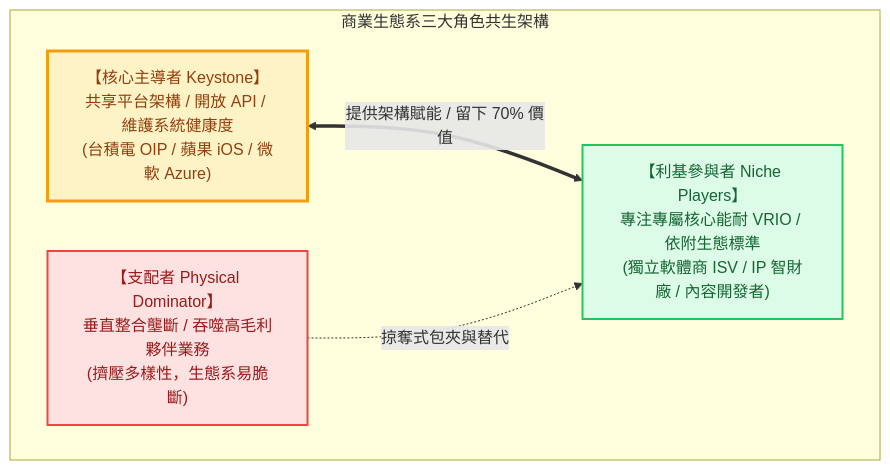
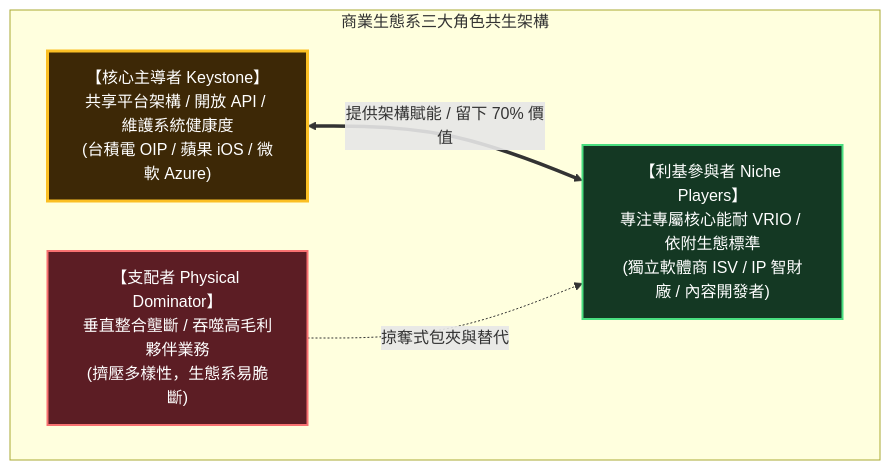
Before and after one commit to Jimlin0428/my-digital-garden: the diagram in src/site/notes/98_商業概念庫/business-ecosystem_商業生態系.md, drawn with Mermaid. The commit also changed 58 other files, not shown here.

````diff
--- a/src/site/notes/98_商業概念庫/business-ecosystem_商業生態系.md
+++ b/src/site/notes/98_商業概念庫/business-ecosystem_商業生態系.md
@@ -17,15 +17,15 @@
 ```mermaid
 flowchart TD
     subgraph EcosystemModel ["商業生態系三大角色共生架構"]
         KS["【核心主導者 Keystone】\n共享平台架構 / 開放 API / 維護系統健康度\n(台積電 OIP / 蘋果 iOS / 微軟 Azure)"]
         Dom["【支配者 Physical Dominator】\n垂直整合壟斷 / 吞噬高毛利夥伴業務\n(擠壓多樣性，生態系易脆斷)"]
         Niche["【利基參與者 Niche Players】\n專注專屬核心能耐 VRIO / 依附生態標準\n(獨立軟體商 ISV / IP 智財廠 / 內容開發者)"]
         
         KS <==>|"提供架構賦能 / 留下 70% 價值"| Niche
         Dom -.->|"掠奪式包夾與替代"| Niche
     end
 
-    style KS fill:#fef3c7,stroke:#f59e0b,stroke-width:3px,color:#92400e
-    style Niche fill:#dcfce7,stroke:#22c55e,stroke-width:2px,color:#166534
-    style Dom fill:#fee2e2,stroke:#ef4444,stroke-width:2px,color:#991b1b
+    style KS fill:#3d2806,stroke:#fbbf24,stroke-width:3px,color:#ffffff
+    style Niche fill:#143823,stroke:#4ade80,stroke-width:2px,color:#ffffff
+    style Dom fill:#5c1d24,stroke:#f87171,stroke-width:2px,color:#ffffff
 ```
````
